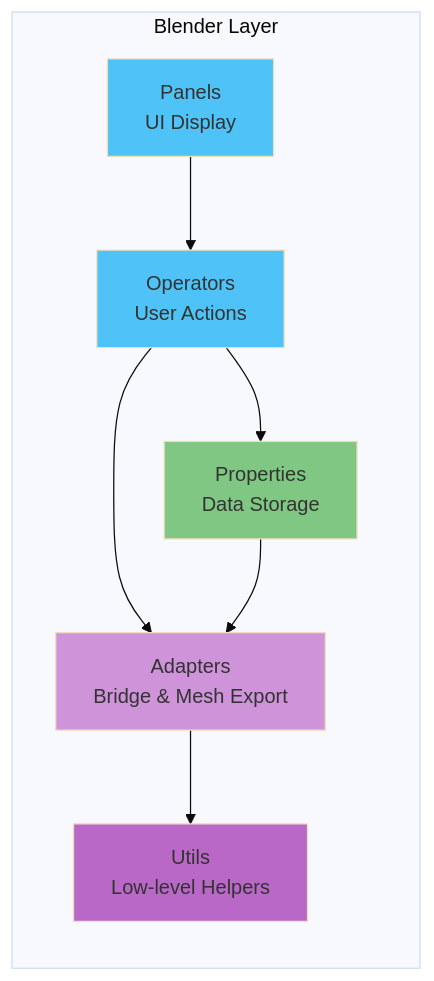
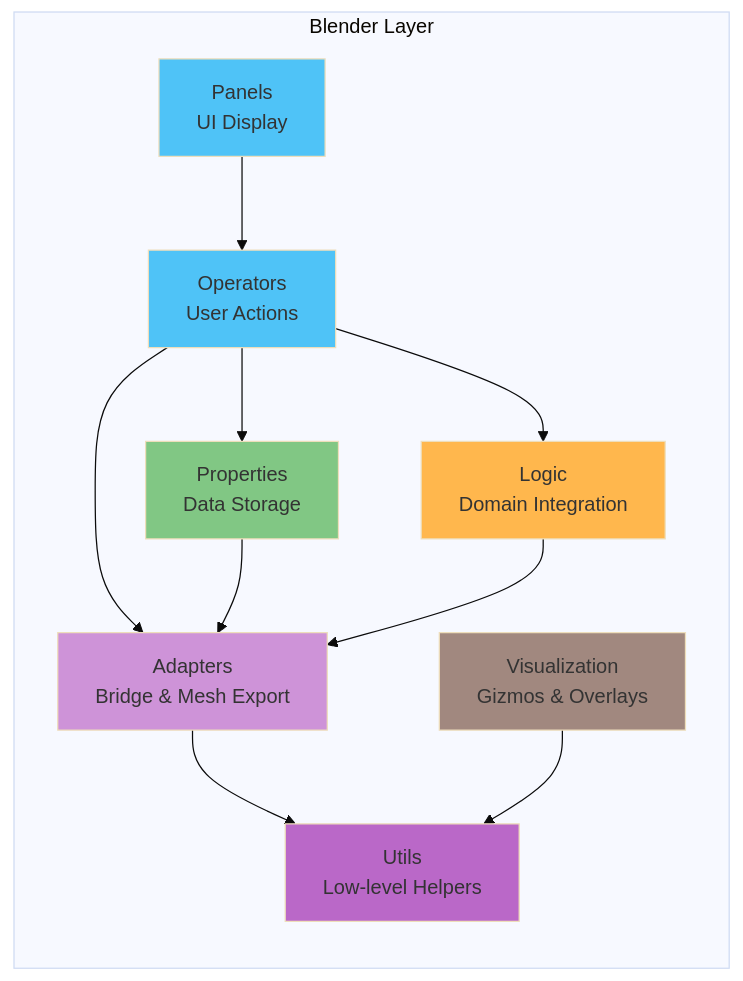
The first of 7 diagrams in ARCHITECTURE.md (arounamounchili/linkforge), drawn with Mermaid (base theme) before and after one commit. The commit also changed other lines of this file, not shown here.

First line of the commit message:
docs: refine architecture diagrams for accuracy

````diff
--- a/ARCHITECTURE.md
+++ b/ARCHITECTURE.md
@@ -69,22 +15,29 @@
 ```mermaid
 graph LR
     subgraph "Blender Layer"
         Panels[Panels<br/>UI Display]
         Operators[Operators<br/>User Actions]
         Properties[Properties<br/>Data Storage]
         Adapters[Adapters<br/>Bridge & Mesh Export]
+        Logic[Logic<br/>Domain Integration]
+        Visualization[Visualization<br/>Gizmos & Overlays]
         Utils[Utils<br/>Low-level Helpers]
     end
 
     Panels --> Operators
     Operators --> Properties
     Operators --> Adapters
+    Operators --> Logic
     Properties --> Adapters
     Adapters --> Utils
+    Logic --> Adapters
+    Visualization --> Utils
 
     style Panels fill:#4fc3f7
     style Operators fill:#4fc3f7
     style Properties fill:#81c784
     style Adapters fill:#ce93d8
+    style Logic fill:#ffb74d
+    style Visualization fill:#a1887f
     style Utils fill:#ba68c8
 ```
````
